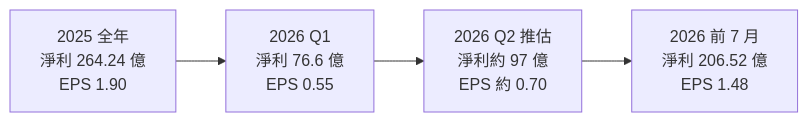
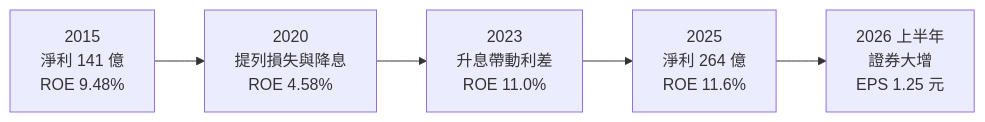
The third of 4 diagrams in 個股/台股/2880華南金.md (wangnick1004/taiwan-stock-vault), drawn with Mermaid before and after one commit. The commit also changed other lines of this file and 12 other files, not shown here.

````diff
--- a/個股/台股/2880華南金.md
+++ b/個股/台股/2880華南金.md
@@ -136,4 +142,4 @@
 ```mermaid
 flowchart LR
-    Y["2025 全年<br/>淨利 264.24 億<br/>EPS 1.90"] --> Q1["2026 Q1<br/>淨利 76.6 億<br/>EPS 0.55"] --> Q2["2026 Q2 推估<br/>淨利約 97 億<br/>EPS 約 0.70"] --> M7["2026 前 7 月<br/>淨利 206.52 億<br/>EPS 1.48"]
+    Y15["2015<br/>淨利 141 億<br/>ROE 9.48%"] --> Y20["2020<br/>提列損失與降息<br/>ROE 4.58%"] --> Y23["2023<br/>升息帶動利差<br/>ROE 11.0%"] --> Y25["2025<br/>淨利 264 億<br/>ROE 11.6%"] --> H26["2026 上半年<br/>證券大增<br/>EPS 1.25 元"]
 ```
````
